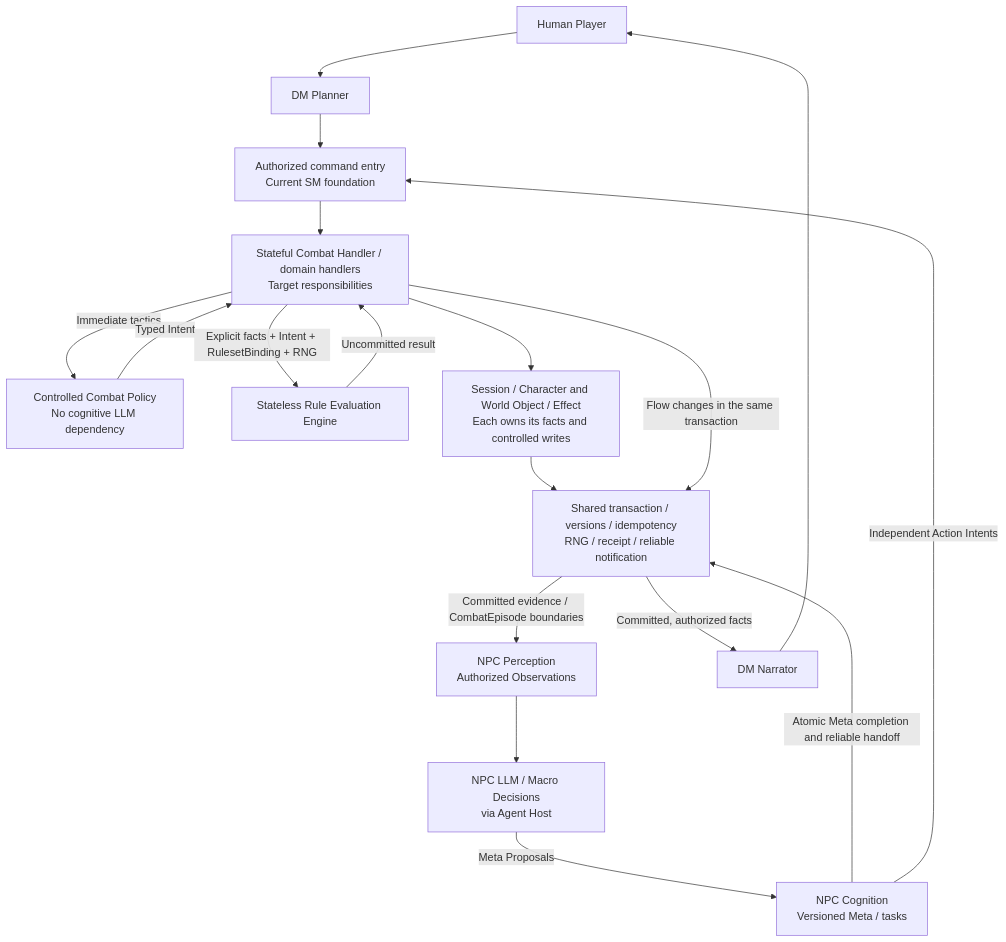
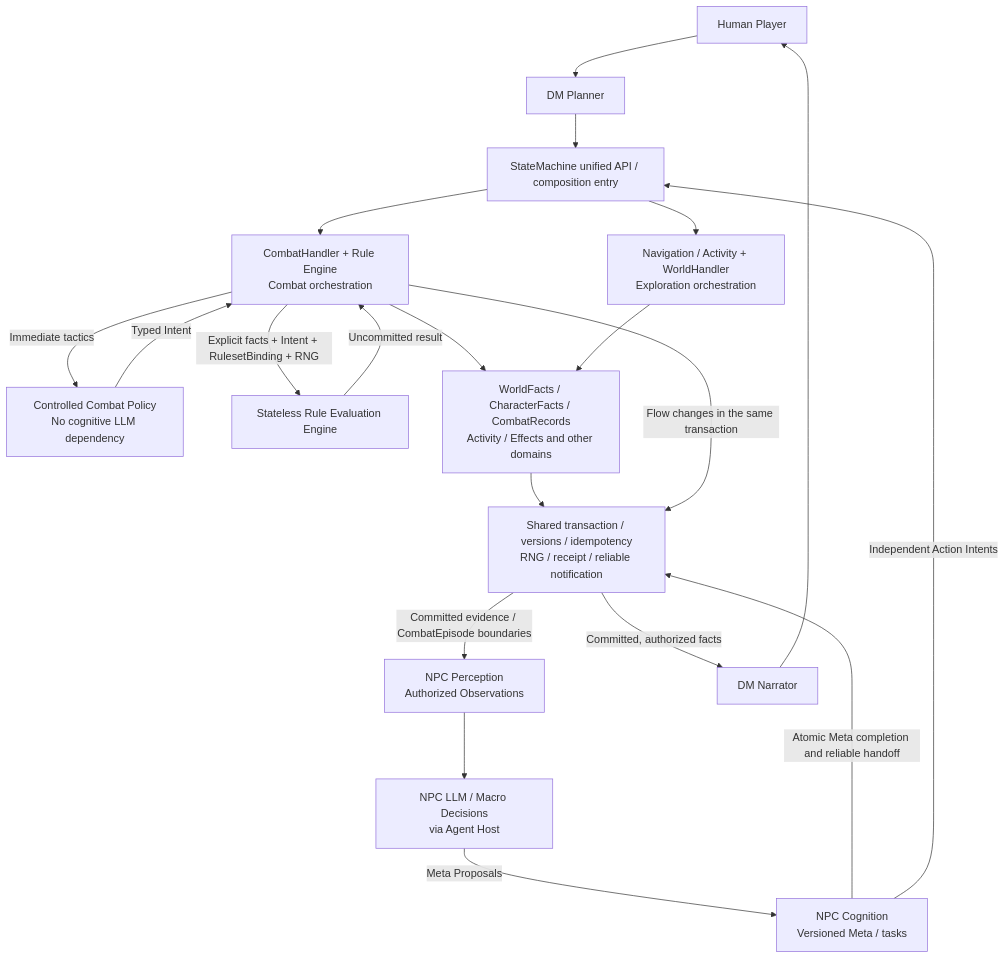
Before and after one commit to agentic-trpg/agentic-trpg: the diagram in README.md, drawn with Mermaid. The commit also changed other lines of this file and 7 other files, not shown here.

Commit message:
docs: define World subsystem and runtime orchestration boundaries

````diff
--- a/README.md
+++ b/README.md
@@ -25,20 +27,22 @@
 ```mermaid
 flowchart TD
     Player[Human Player] --> Planner[DM Planner]
-    Planner --> Entry[Authorized command entry<br/>Current SM foundation]
-    Entry --> Handler[Stateful Combat Handler / domain handlers<br/>Target responsibilities]
+    Planner --> Entry[StateMachine unified API / composition entry]
+    Entry --> Explore[Navigation / Activity + WorldHandler<br/>Exploration orchestration]
+    Entry --> Handler[CombatHandler + Rule Engine<br/>Combat orchestration]
     Handler -->|Immediate tactics| Policy[Controlled Combat Policy<br/>No cognitive LLM dependency]
     Policy -->|Typed Intent| Handler
     Handler -->|Explicit facts + Intent + RulesetBinding + RNG| RE[Stateless Rule Evaluation Engine]
     RE -->|Uncommitted result| Handler
-    Handler --> Domains[Session / Character and World Object / Effect<br/>Each owns its facts and controlled writes]
+    Handler --> Domains[WorldFacts / CharacterFacts / CombatRecords<br/>Activity / Effects and other domains]
+    Explore --> Domains
     Domains --> Commit[Shared transaction / versions / idempotency<br/>RNG / receipt / reliable notification]
     Handler -->|Flow changes in the same transaction| Commit
     Commit -->|Committed evidence / CombatEpisode boundaries| Perception[NPC Perception<br/>Authorized Observations]
     Perception --> NPC[NPC LLM / Macro Decisions<br/>via Agent Host]
     NPC -->|Meta Proposals| Cognition[NPC Cognition<br/>Versioned Meta / tasks]
     Cognition -->|Atomic Meta completion and reliable handoff| Commit
     Cognition -->|Independent Action Intents| Entry
     Commit -->|Committed, authorized facts| Narrator[DM Narrator]
     Narrator --> Player
 ```
````
